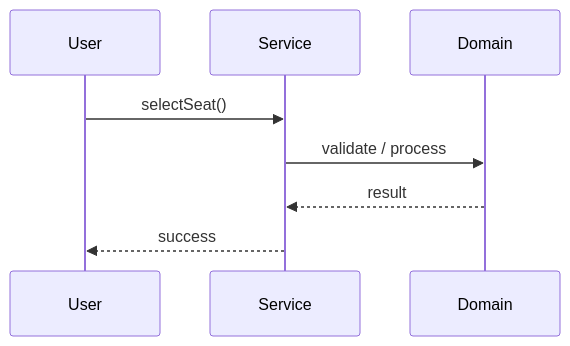
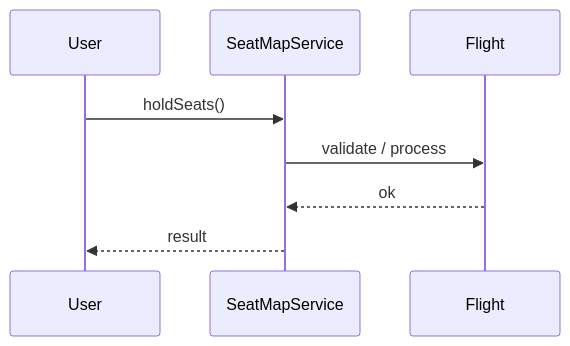
One commit to madhupaila/Interview-Prep-SSE changed the second of 3 diagrams in Learn/System Design - Low Level Design/02-classic-ood/questions/Q55-flight-seat-map.md. Above: the diagram before and after it, drawn with Mermaid. The commit also changed other lines of this file and 491 other files, not shown here.

````diff
--- a/Learn/System Design - Low Level Design/02-classic-ood/questions/Q55-flight-seat-map.md
+++ b/Learn/System Design - Low Level Design/02-classic-ood/questions/Q55-flight-seat-map.md
@@ -122,10 +152,10 @@
 ```mermaid
 sequenceDiagram
-    participant U as User
-    participant S as Service
-    participant D as Domain
-    U->>S: selectSeat()
-    S->>D: validate / process
-    D-->>S: result
-    S-->>U: success
+participant U as User
+participant S as SeatMapService
+participant D as Flight
+U->>S: holdSeats()
+S->>D: validate / process
+D-->>S: ok
+S-->>U: result
 ```
````
